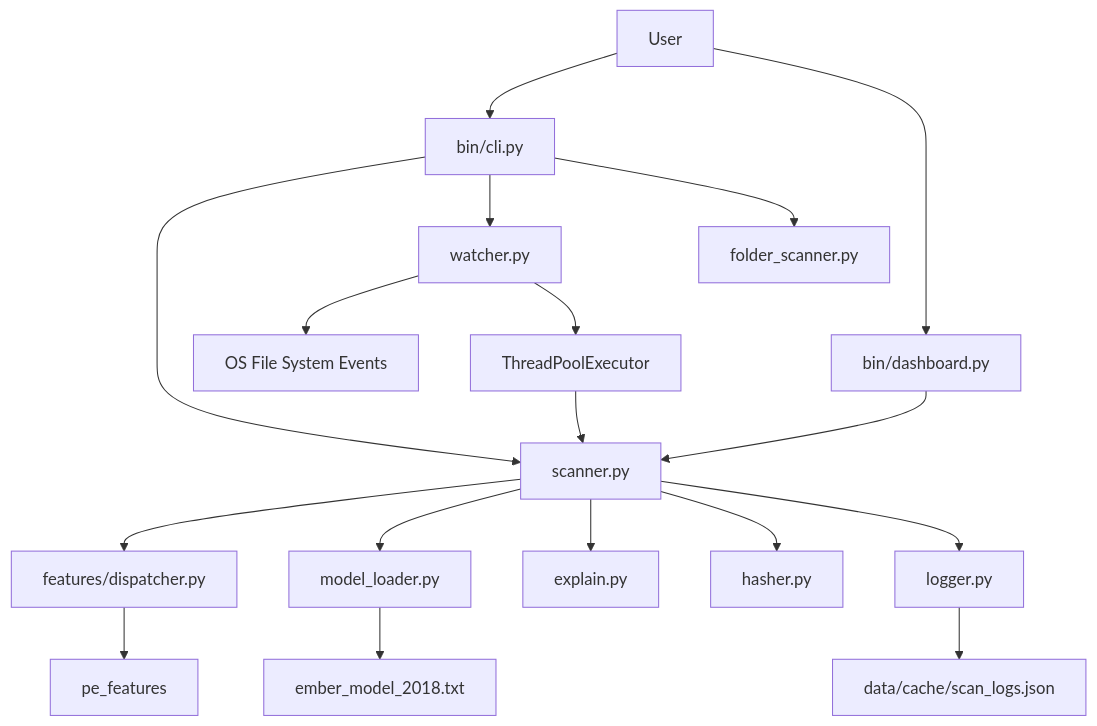
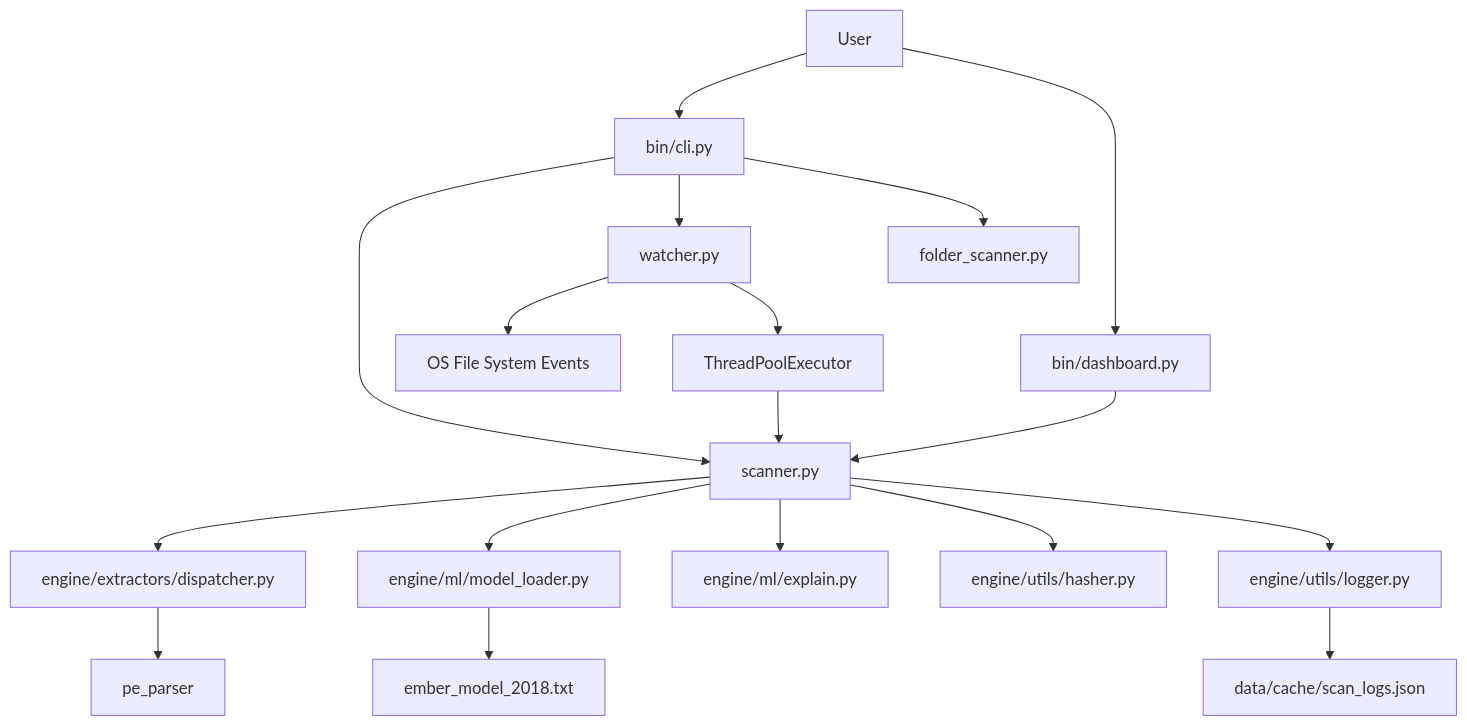
One commit to Vavaldas-jaiwanth/Aegis-Sentinel changed the first of 3 diagrams in docs/PROJECT_TECHNICAL_DOCUMENTATION.md. Above: the diagram before and after it, drawn with Mermaid. The commit also changed other lines of this file, not shown here.

Commit message:
Docs: Update technical documentation to reflect new folder architecture

````diff
--- a/docs/PROJECT_TECHNICAL_DOCUMENTATION.md
+++ b/docs/PROJECT_TECHNICAL_DOCUMENTATION.md
@@ -118,26 +118,26 @@
 ```mermaid
 graph TD
     Client[User] --> CLI[bin/cli.py]
     Client --> WebUI[bin/dashboard.py]
     
     CLI --> Scanner[scanner.py]
     CLI --> Watcher[watcher.py]
     CLI --> BatchScan[folder_scanner.py]
     WebUI --> Scanner
     
     Watcher --> FileSys[OS File System Events]
     Watcher --> ThreadPool[ThreadPoolExecutor]
     ThreadPool --> Scanner
     
-    Scanner --> Dispatcher[features/dispatcher.py]
-    Dispatcher --> Extractors[pe_features]
+    Scanner --> Dispatcher[engine/extractors/dispatcher.py]
+    Dispatcher --> Extractors[pe_parser]
     
-    Scanner --> ModelLoader[model_loader.py]
+    Scanner --> ModelLoader[engine/ml/model_loader.py]
     ModelLoader --> Model[ember_model_2018.txt]
     
-    Scanner --> Explainer[explain.py]
-    Scanner --> Hasher[hasher.py]
-    Scanner --> Logger[logger.py]
+    Scanner --> Explainer[engine/ml/explain.py]
+    Scanner --> Hasher[engine/utils/hasher.py]
+    Scanner --> Logger[engine/utils/logger.py]
     
     Logger --> Cache[data/cache/scan_logs.json]
 ```
````
